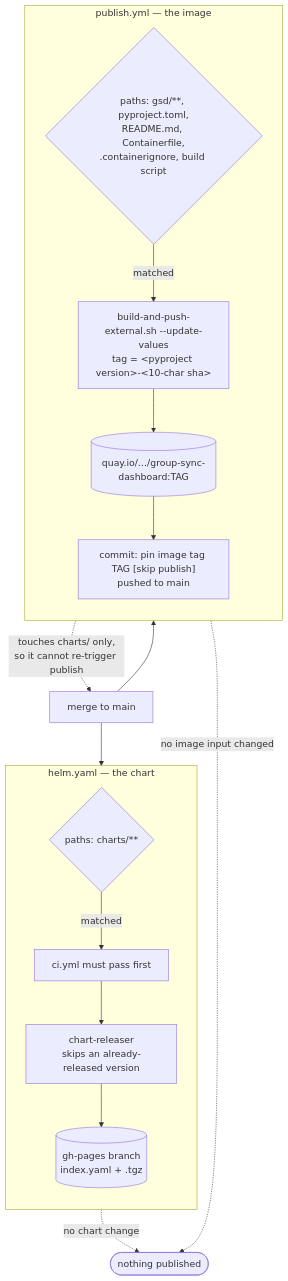
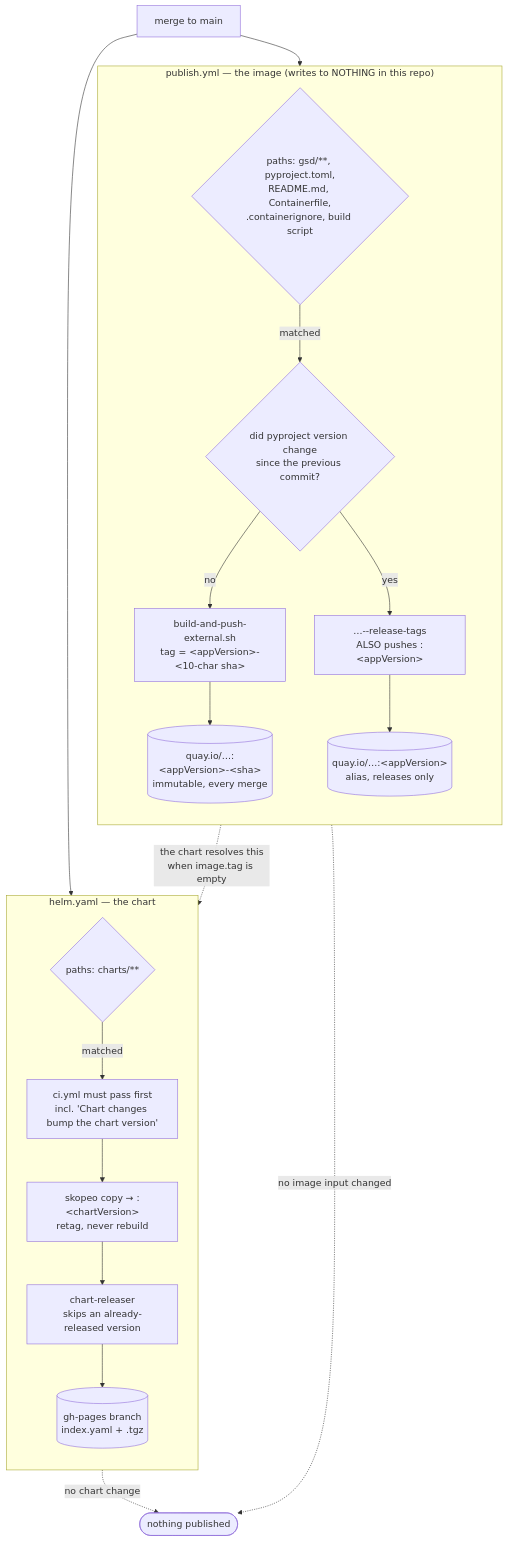
One commit to ephico2real2/group-sync-dashboard changed the tenth of 10 diagrams in docs/reference-architecture.md. Above: the diagram before and after it, drawn with Mermaid. The commit also changed other lines of this file and 13 other files, not shown here.

First line of the commit message:
feat(ci): stop writing the image pin to main

````diff
--- a/docs/reference-architecture.md
+++ b/docs/reference-architecture.md
@@ -1380,28 +1380,33 @@
 ```mermaid
 flowchart TB
   merge["merge to main"]
 
-  subgraph img["publish.yml — the image"]
+  subgraph img["publish.yml — the image (writes to NOTHING in this repo)"]
     direction TB
     ipath{"paths: gsd/**, pyproject.toml,<br/>README.md, Containerfile,<br/>.containerignore, build script"}
-    build["build-and-push-external.sh --update-values<br/>tag = &lt;pyproject version&gt;-&lt;10-char sha&gt;"]
-    quay[("quay.io/…/group-sync-dashboard:TAG")]
-    pin["commit: pin image tag TAG [skip publish]<br/>pushed to main"]
-    ipath -->|matched| build --> quay --> pin
+    rel{"did pyproject version change<br/>since the previous commit?"}
+    build["build-and-push-external.sh<br/>tag = &lt;appVersion&gt;-&lt;10-char sha&gt;"]
+    relbuild["…--release-tags<br/>ALSO pushes :&lt;appVersion&gt;"]
+    quay[("quay.io/…:&lt;appVersion&gt;-&lt;sha&gt;<br/>immutable, every merge")]
+    alias[("quay.io/…:&lt;appVersion&gt;<br/>alias, releases only")]
+    ipath -->|matched| rel
+    rel -->|no| build --> quay
+    rel -->|yes| relbuild --> alias
   end
 
   subgraph chart["helm.yaml — the chart"]
     direction TB
     cpath{"paths: charts/**"}
-    ci["ci.yml must pass first"]
+    ci["ci.yml must pass first<br/>incl. 'Chart changes bump the chart version'"]
+    label["skopeo copy → :&lt;chartVersion&gt;<br/>retag, never rebuild"]
     cr["chart-releaser<br/>skips an already-released version"]
     gh[("gh-pages branch<br/>index.yaml + .tgz")]
-    cpath -->|matched| ci --> cr --> gh
+    cpath -->|matched| ci --> label --> cr --> gh
   end
 
   merge --> ipath
   merge --> cpath
   ipath -.->|"no image input changed"| skip(["nothing published"])
   cpath -.->|"no chart change"| skip
-  pin -.->|"touches charts/ only,<br/>so it cannot re-trigger publish"| merge
+  alias -.->|"the chart resolves this<br/>when image.tag is empty"| label
 ```
````
